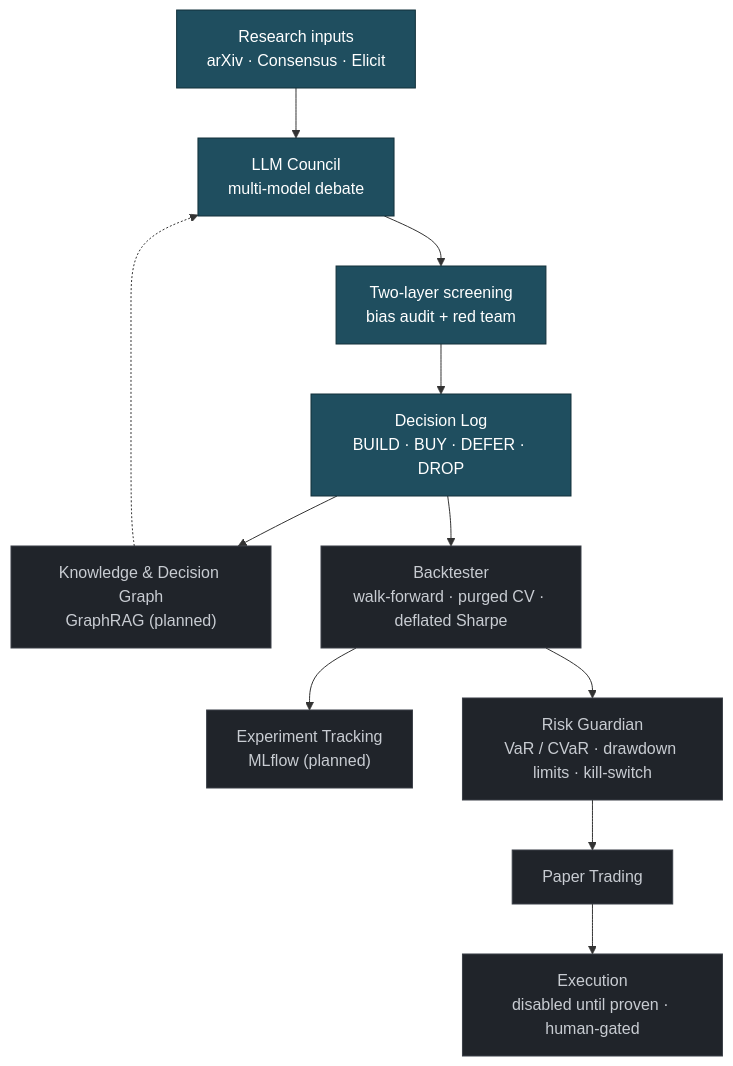
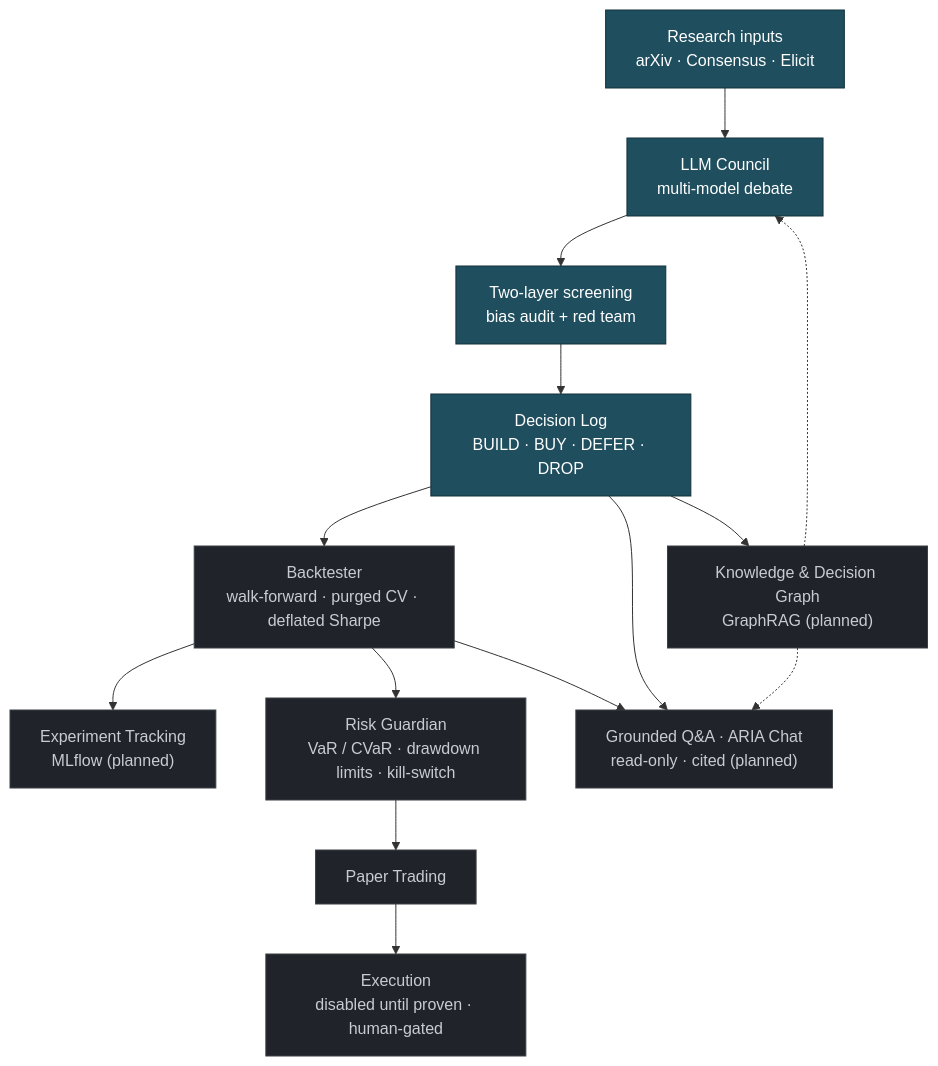
Before and after one commit to agisoham/ARIA: the diagram in README.md, drawn with Mermaid. The commit also changed other lines of this file and 2 other files, not shown here.

Commit message:
docs: add grounded Q&A layer (ARIA Chat) — README status + roadmap + architecture diagram, concepts, roadmap

````diff
--- a/README.md
+++ b/README.md
@@ -29,17 +30,20 @@
 ```mermaid
 flowchart TD
   R["Research inputs<br/>arXiv · Consensus · Elicit"] --> C["LLM Council<br/>multi-model debate"]
   KG["Knowledge &amp; Decision Graph<br/>GraphRAG (planned)"] -.-> C
   C --> S["Two-layer screening<br/>bias audit + red team"]
   S --> D["Decision Log<br/>BUILD · BUY · DEFER · DROP"]
   D --> KG
   D --> B["Backtester<br/>walk-forward · purged CV · deflated Sharpe"]
   B --> XT["Experiment Tracking<br/>MLflow (planned)"]
   B --> G["Risk Guardian<br/>VaR / CVaR · drawdown limits · kill-switch"]
   G --> P["Paper Trading"]
   P --> E["Execution<br/>disabled until proven · human-gated"]
+  B --> QA["Grounded Q&amp;A · ARIA Chat<br/>read-only · cited (planned)"]
+  D --> QA
+  KG -.-> QA
   classDef done fill:#1f4e5f,stroke:#12303a,color:#ffffff;
   classDef todo fill:#20242a,stroke:#3a3f47,color:#c8ccd2;
   class R,C,S,D done;
-  class B,G,P,E,KG,XT todo;
+  class B,G,P,E,KG,XT,QA todo;
 ```
````
